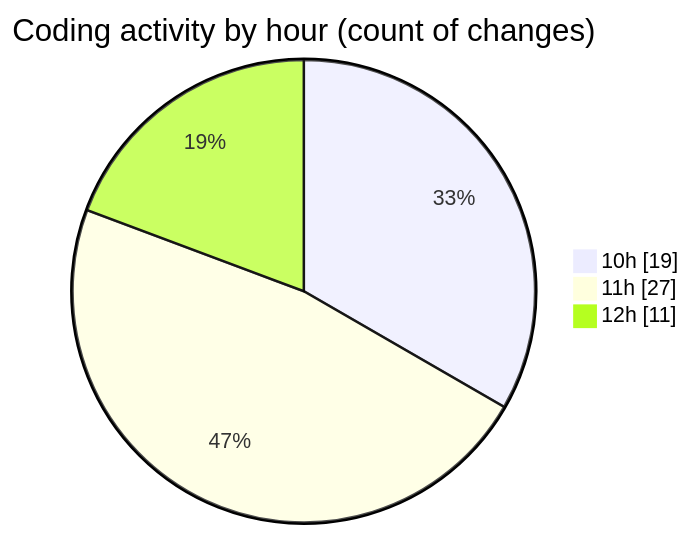
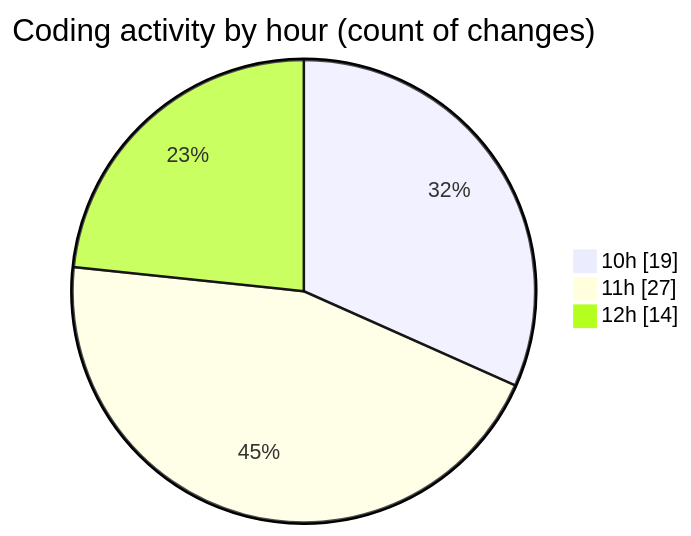
Before and after one commit to momahboobian/code-tracking: the second of 2 diagrams in 2025-03-18/cda/README.md, drawn with Mermaid. The commit also changed other lines of this file and 1 other file, not shown here.

````diff
--- a/2025-03-18/cda/README.md
+++ b/2025-03-18/cda/README.md
@@ -42,7 +42,7 @@
 ```mermaid
 pie showData
 title Coding activity by hour (count of changes)
 "10h" : 19
 "11h" : 27
-"12h" : 11
+"12h" : 14
 ```
````
